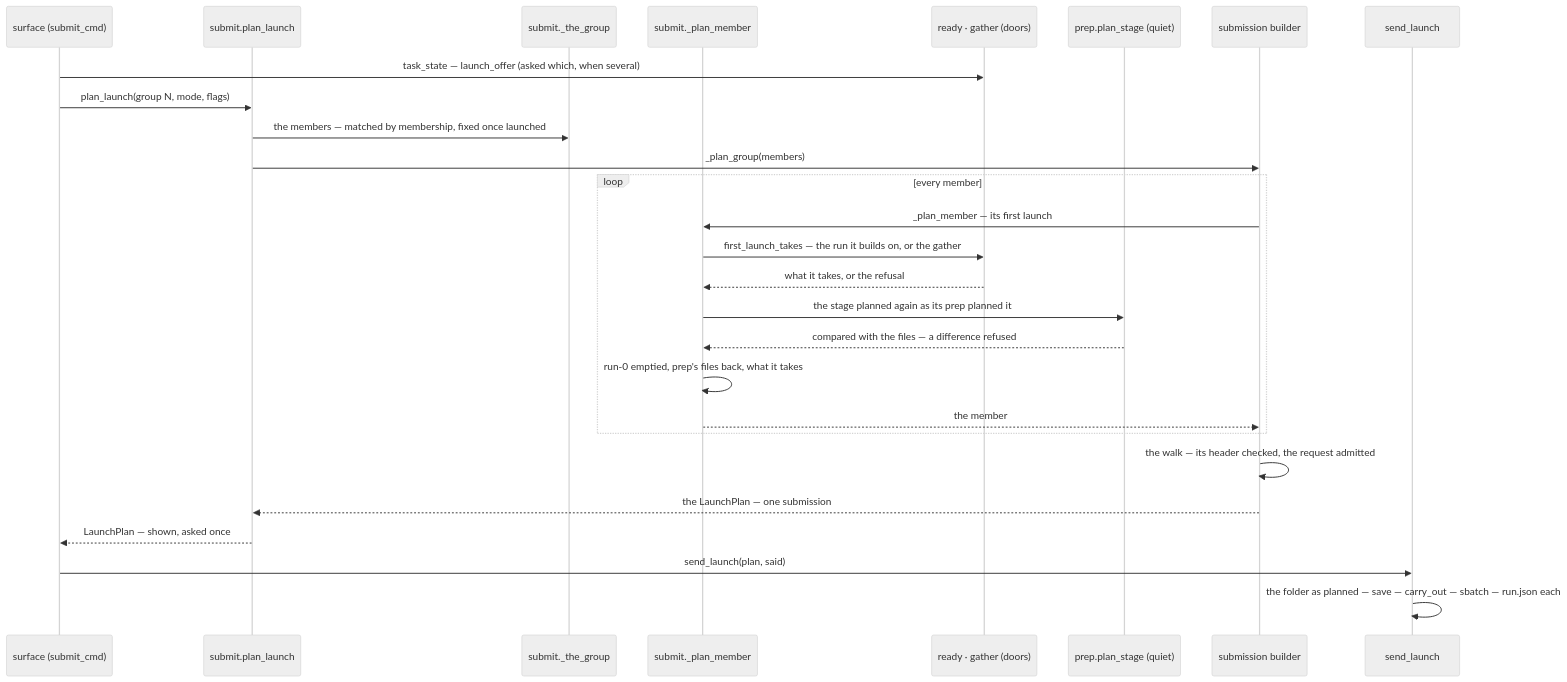
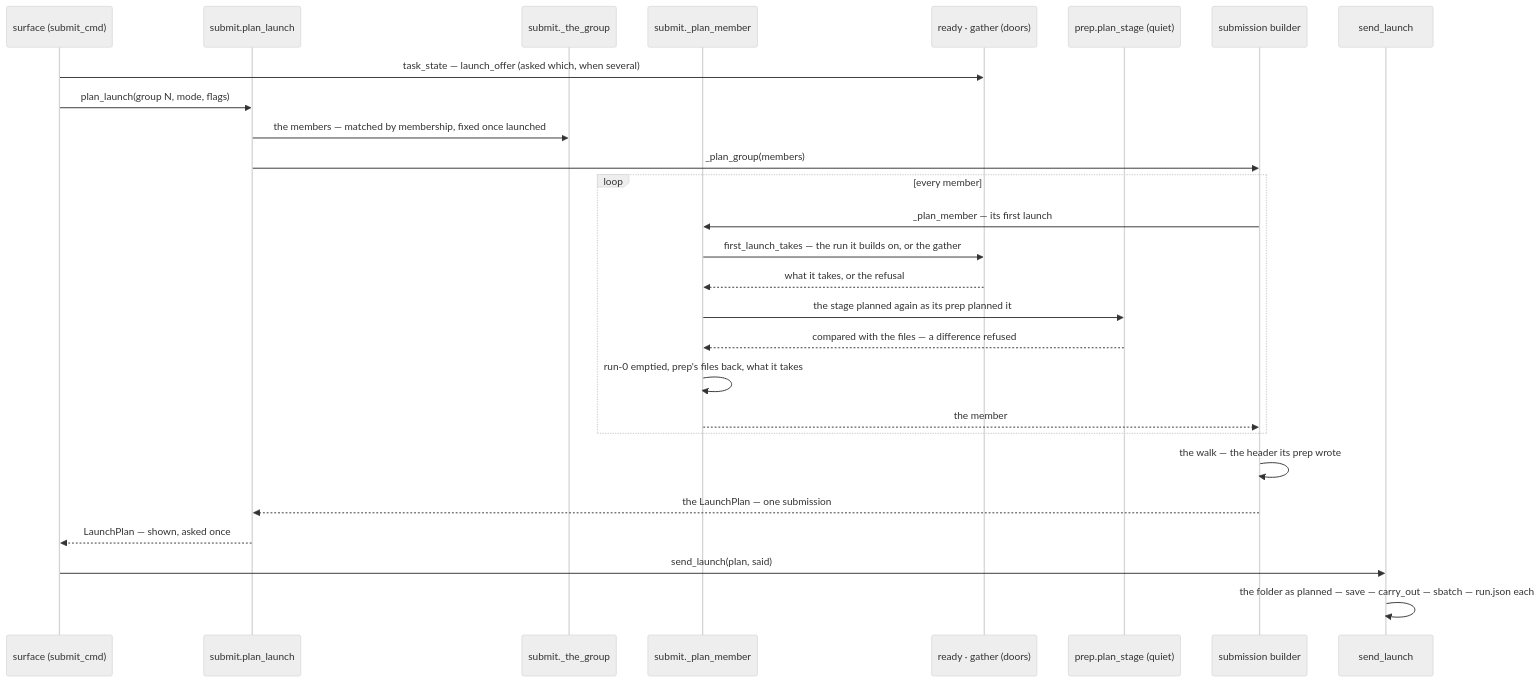
One commit to Qing-LAB/molbuilder changed diagram 19 of 19 in docs/execution/job-system.md. Above: the diagram before and after it, drawn with Mermaid (neutral theme). The commit also changed other lines of this file and 50 other files, not shown here.

````diff
--- a/docs/execution/job-system.md
+++ b/docs/execution/job-system.md
@@ -3038,29 +3010,29 @@
 ```mermaid
 sequenceDiagram
     participant S as surface (submit_cmd)
     participant E as submit.plan_launch
     participant W as submit._the_group
     participant M as submit._plan_member
     participant R as ready · gather (doors)
     participant P as prep.plan_stage (quiet)
     participant B as submission builder
     participant X as send_launch
     S->>R: task_state — launch_offer (asked which, when several)
     S->>E: plan_launch(group N, mode, flags)
     E->>W: the members — matched by membership, fixed once launched
     E->>B: _plan_group(members)
     loop every member
         B->>M: _plan_member — its first launch
         M->>R: first_launch_takes — the run it builds on, or the gather
         R-->>M: what it takes, or the refusal
         M->>P: the stage planned again as its prep planned it
         P-->>M: compared with the files — a difference refused
         M->>M: run-0 emptied, prep's files back, what it takes
         M-->>B: the member
     end
-    B->>B: the walk — its header checked, the request admitted
+    B->>B: the walk — the header its prep wrote
     B-->>E: the LaunchPlan — one submission
     E-->>S: LaunchPlan — shown, asked once
     S->>X: send_launch(plan, said)
     X->>X: the folder as planned — save — carry_out — sbatch — run.json each
 ```
````
